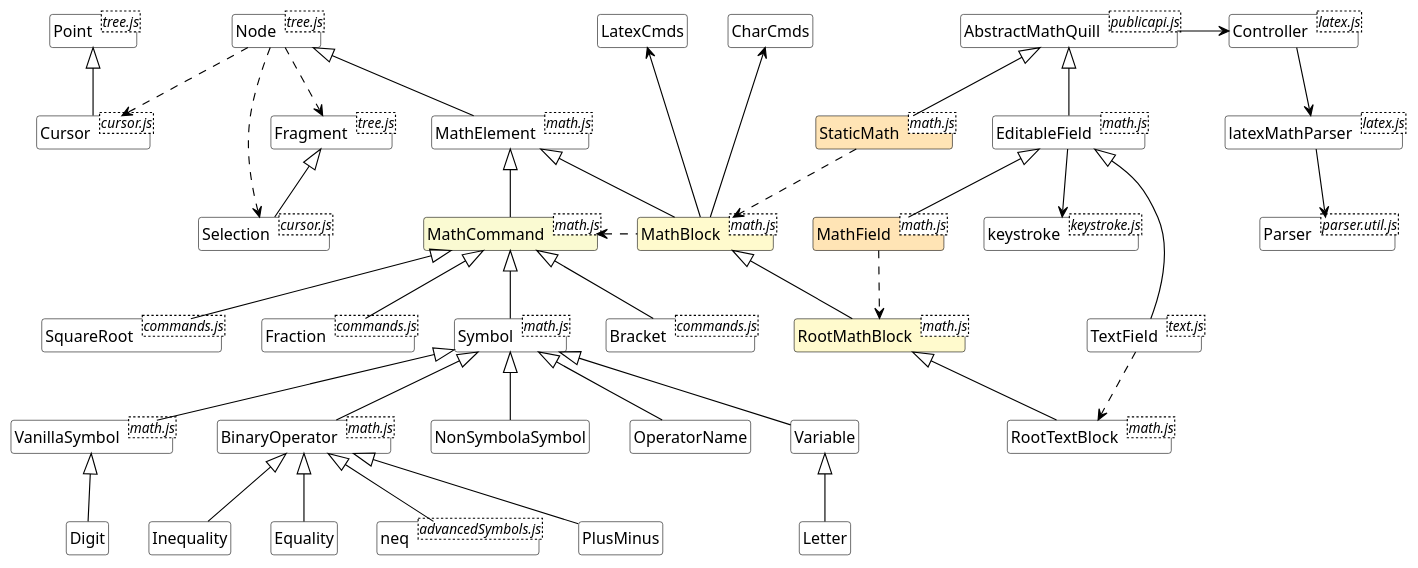
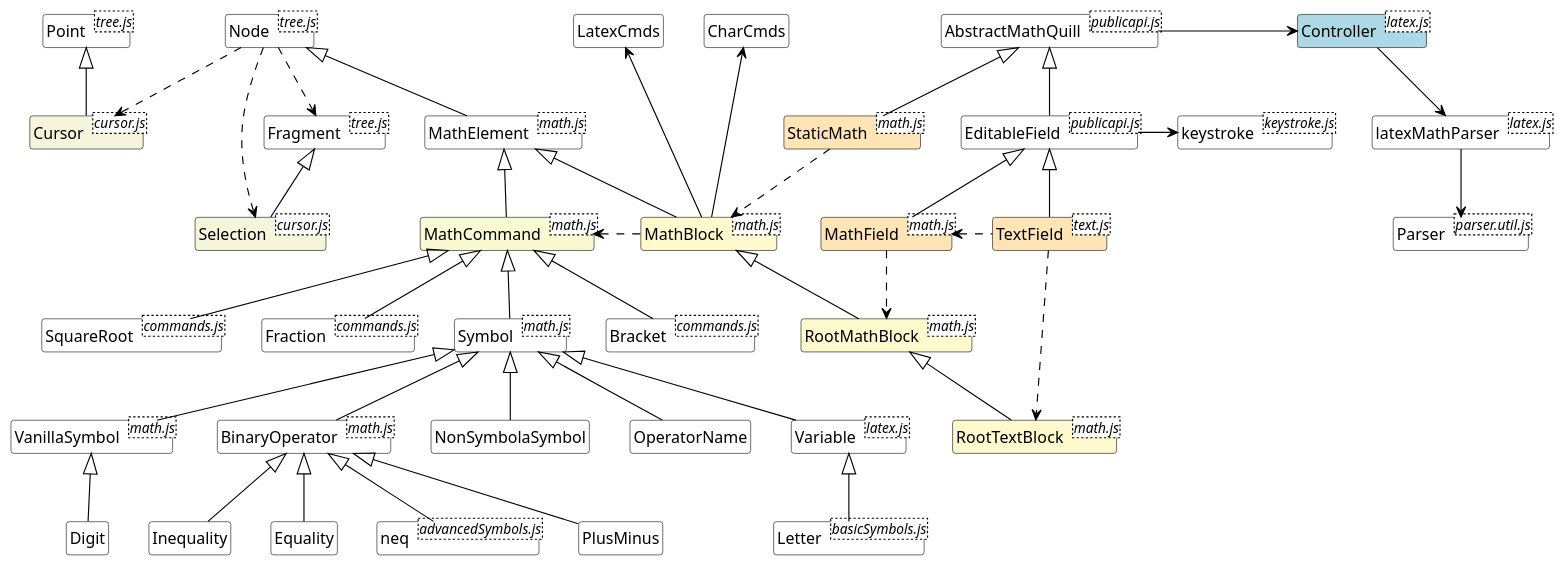
Before and after one commit to urneo/mathquill: the diagram in docs/mathquill.puml, drawn with PlantUML.

```diff
--- a/docs/mathquill.puml
+++ b/docs/mathquill.puml
@@ -39,14 +39,21 @@
 
 TextField -u-|> EditableField
 MathField -u-|> EditableField
+TextField .l> MathField
+MathField ..> RootMathBlock
+StaticMath ..> MathBlock
+TextField ...> RootTextBlock
 EditableField -u-|> AbstractMathQuill
-EditableField --> keystroke
+EditableField -> keystroke
 StaticMath -u-|> AbstractMathQuill
 AbstractMathQuill -r-> Controller
 Controller --> latexMathParser
+' Controller ....> Cursor
 latexMathParser --> Parser
 
 Letter -u-|> Variable
+class Variable <latex.js>
+class Letter <basicSymbols.js>
 
 Selection -u-|> Fragment
 Cursor -u-|> Point
@@ -54,17 +61,17 @@
 Node ..> Fragment
 Node ..> Cursor
 
+class Node <tree.js>
+class Fragment <tree.js>
+class Point <tree.js>
+class Cursor <cursor.js> #Beige
+class Selection <cursor.js> #Beige
+
 class Bracket <commands.js>
 class SquareRoot <commands.js>
 class Fraction <commands.js>
 
 class neq <advancedSymbols.js>
-
-class Node <tree.js>
-class Fragment <tree.js>
-class Point <tree.js>
-class Cursor <cursor.js>
-class Selection <cursor.js>
 
 class AbstractMathQuill <publicapi.js> {
     config (opts)
@@ -76,7 +83,7 @@
     revert()
 }
 
-class EditableField <math.js> {
+class EditableField <publicapi.js> {
     focus()
     blur()
     write (latex)
@@ -95,10 +102,6 @@
     ignoreNextMousedown (fn)
 }
 
-class RootTextBlock <math.js> {
-    keystroke (key)
-}
-
 class MathField <math.js> #Moccasin {
     -RootBlock : RootMathBlock
     exportLatex()
@@ -113,15 +116,11 @@
     +latex()
 }
 
-class TextField <text.js> {
+class TextField <text.js> #Moccasin {
     -RootBlock : RootTextBlock
 }
 
-MathField ..> RootMathBlock
-StaticMath ..> MathBlock
-TextField ..> RootTextBlock
-
-class Controller <latex.js> {
+class Controller <latex.js> #LightBlue {
     writeLatex （latex)
     renderLatexMath (latex)
     renderLatexText (latex)
@@ -129,6 +128,10 @@
 
 ' -------------------------------------------
 class MathElement <math.js>
+
+class RootTextBlock <math.js> #LemonChiffon {
+    keystroke (key)
+}
 class RootMathBlock <math.js> #LemonChiffon
 class MathCommand <math.js> #LightGoldenRodYellow {
     +init (ctrlSeq, htmlTemplate, textTemplate)
```
